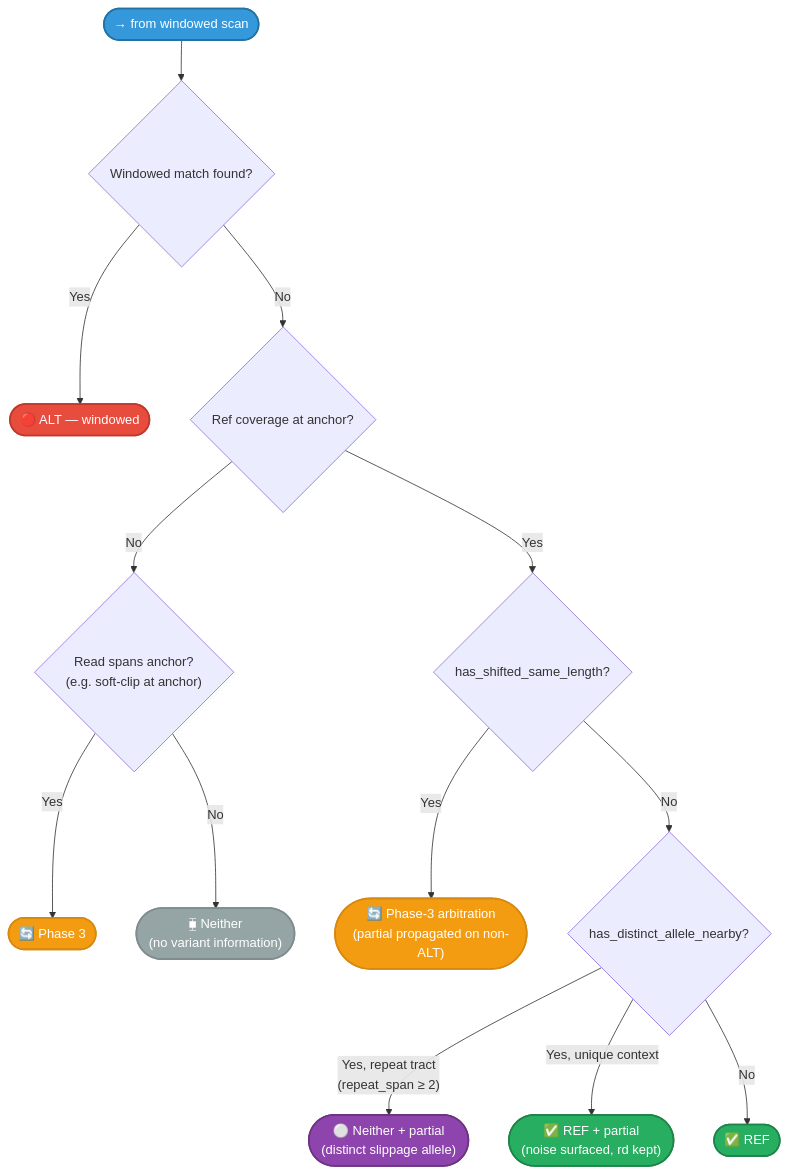
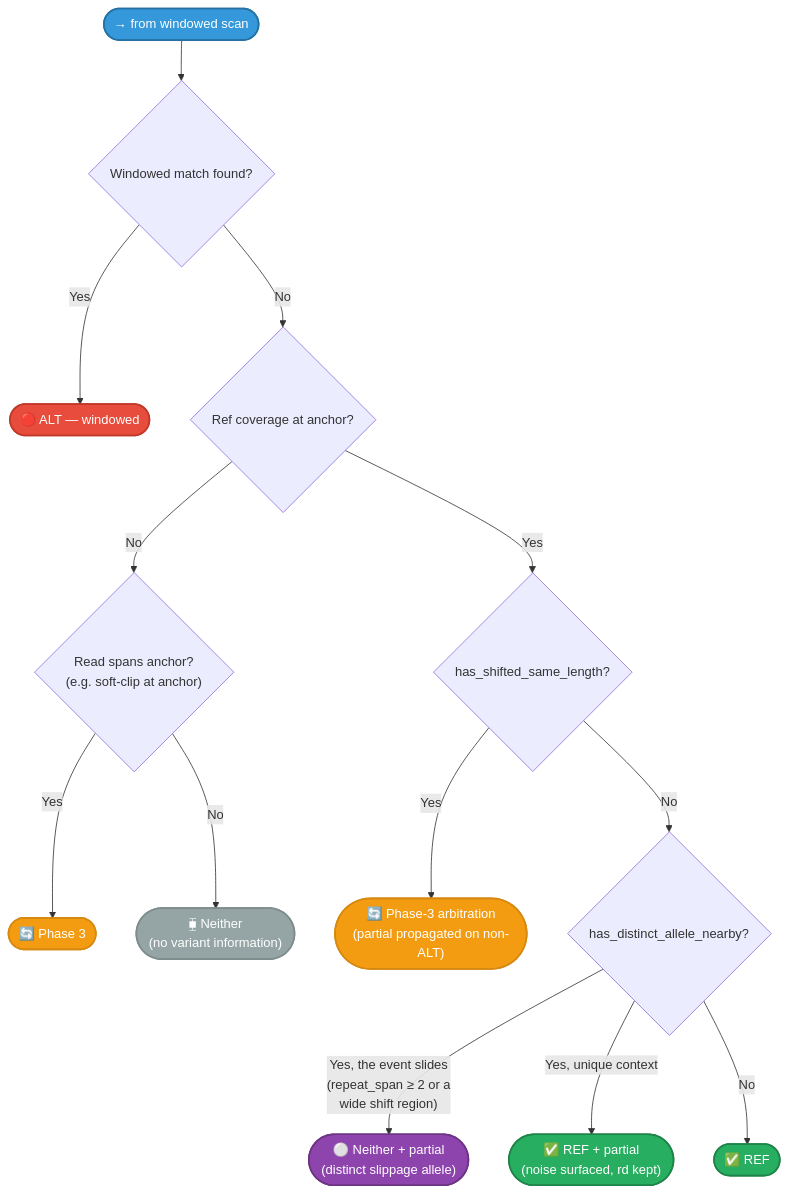
One commit to msk-access/gbcms changed the seventh of 12 diagrams in docs/reference/allele-classification.md. Above: the diagram before and after it, drawn with Mermaid. The commit also changed other lines of this file and 9 other files, not shown here.

````diff
--- a/docs/reference/allele-classification.md
+++ b/docs/reference/allele-classification.md
@@ -409,22 +412,22 @@
 ```mermaid
 flowchart TD
     EvalIn(["→ from windowed scan"]):::entry --> Win{"Windowed match found?"}
     Win -->|Yes| WinAlt(["🔴 ALT — windowed"]):::alt
     Win -->|No| Spans{"Ref coverage at anchor?"}
     Spans -->|No| AnchorSpan{"Read spans anchor?\n(e.g. soft-clip at anchor)"}
     AnchorSpan -->|Yes| CPX(["🔄 Phase 3"]):::fallback
     AnchorSpan -->|No| Neither(["⧯ Neither\n(no variant information)"]):::neither
     Spans -->|Yes| SLCheck{"has_shifted_same_length?"}
     SLCheck -->|Yes| CPXP(["🔄 Phase-3 arbitration\n(partial propagated on non-ALT)"]):::fallback
     SLCheck -->|No| WLCheck{"has_distinct_allele_nearby?"}
-    WLCheck -->|"Yes, repeat tract\n(repeat_span ≥ 2)"| WLPartial(["⚪ Neither + partial\n(distinct slippage allele)"]):::partial
+    WLCheck -->|"Yes, the event slides\n(repeat_span ≥ 2 or a\nwide shift region)"| WLPartial(["⚪ Neither + partial\n(distinct slippage allele)"]):::partial
     WLCheck -->|"Yes, unique context"| RefPartial(["✅ REF + partial\n(noise surfaced, rd kept)"]):::ref
     WLCheck -->|No| Ref(["✅ REF"]):::ref
 
     classDef entry fill:#3498db,color:#fff,stroke:#2471a3,stroke-width:2px;
     classDef ref fill:#27ae60,color:#fff,stroke:#1e8449,stroke-width:2px;
     classDef alt fill:#e74c3c,color:#fff,stroke:#c0392b,stroke-width:2px;
     classDef neither fill:#95a5a6,color:#fff,stroke:#7f8c8d,stroke-width:2px;
     classDef partial fill:#8e44ad,color:#fff,stroke:#6c3483,stroke-width:2px;
     classDef fallback fill:#f39c12,color:#fff,stroke:#d68910,stroke-width:2px;
 ```
````
